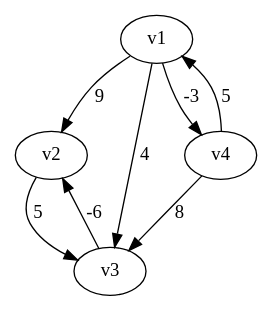
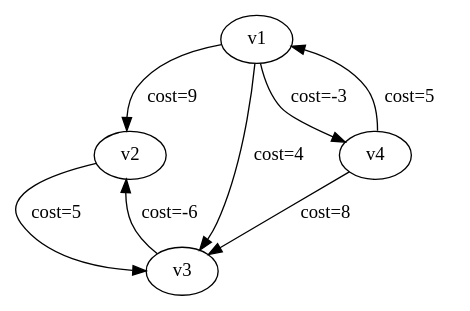
Before and after one commit to MaxPower9001/B-AI3GKAP: the diagram in io/graph_07.dot, drawn with Graphviz. The commit also changed 20 other files, not shown here.

```diff
--- a/io/graph_07.dot
+++ b/io/graph_07.dot
@@ -1,14 +1,14 @@
 digraph graph_07
 {
 v1
 v2
 v3
 v4
-v1 -> v2 [label="9  "]
-v1 -> v3 [label="4  "]
-v1 -> v4 [label="-3  "]
-v2 -> v3 [label="5  "]
-v3 -> v2 [label="-6  "]
-v4 -> v1 [label="5  "]
-v4 -> v3 [label="8  "]
+v1 -> v2 [label="cost=9  "]
+v1 -> v3 [label="cost=4  "]
+v1 -> v4 [label="cost=-3  "]
+v2 -> v3 [label="cost=5  "]
+v3 -> v2 [label="cost=-6  "]
+v4 -> v1 [label="cost=5  "]
+v4 -> v3 [label="cost=8  "]
 }
```
